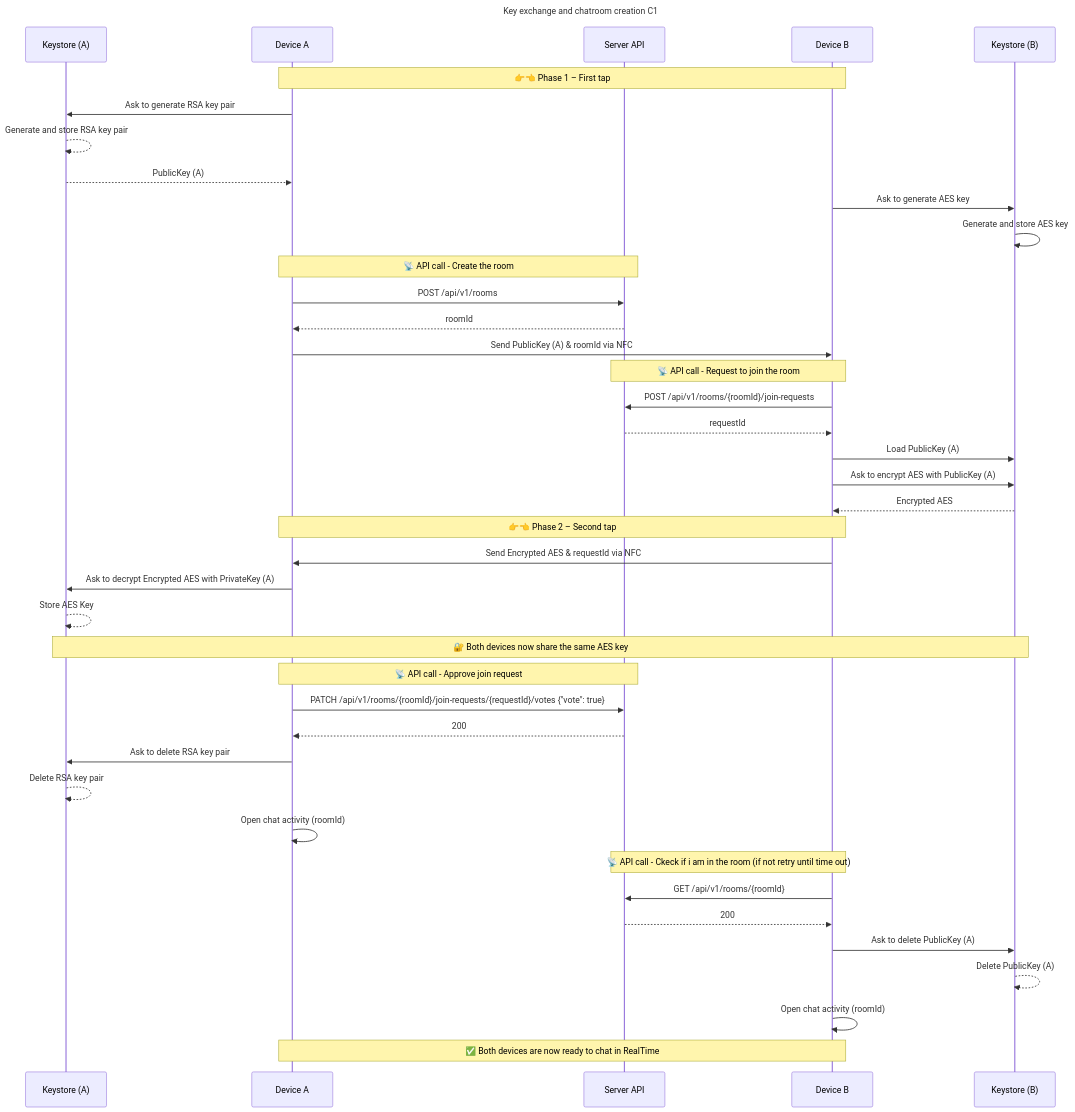
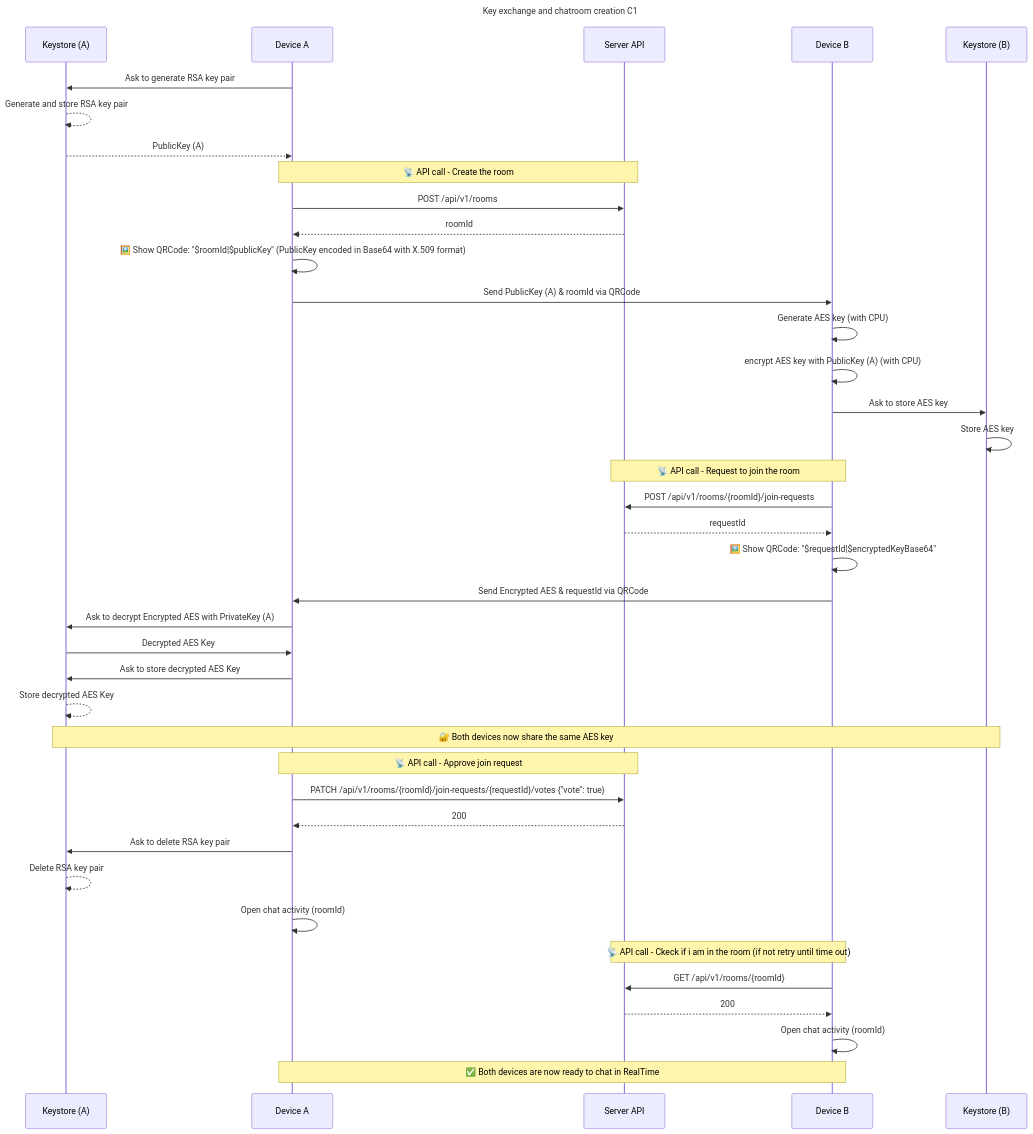
The diagram in Docs/diagrams/C1.mmd (MarcoNani/RealTime), drawn with Mermaid before and after one commit.

Commit message:
C1 updated with QRCode and new order of things

```diff
--- a/Docs/diagrams/C1.mmd
+++ b/Docs/diagrams/C1.mmd
@@ -1,66 +1,66 @@
 sequenceDiagram
 Title: Key exchange and chatroom creation C1
     participant KeystoreA as Keystore (A)
     participant A as Device A
     participant Server as Server API
     participant B as Device B
     participant KeystoreB as Keystore (B)
 
-    Note over A, B: 👉👈 Phase 1 – First tap
 
     A->>KeystoreA: Ask to generate RSA key pair
     KeystoreA-->>KeystoreA: Generate and store RSA key pair
     KeystoreA-->>A: PublicKey (A)
 
-    B->>KeystoreB: Ask to generate AES key
-    KeystoreB->>KeystoreB: Generate and store AES key
+    
 
     Note over A, Server: 📡 API call - Create the room
     A->>Server: POST /api/v1/rooms
     Server-->>A: roomId
 
-    A->>B: Send PublicKey (A) & roomId via NFC
+    A->>A: 🖼️ Show QRCode: "$roomId|$publicKey" (PublicKey encoded in Base64 with X.509 format)
+    A->>B: Send PublicKey (A) & roomId via QRCode
+
+    B->>B: Generate AES key (with CPU)
+    B->>B: encrypt AES key with PublicKey (A) (with CPU)
+
+    B->>KeystoreB: Ask to store AES key
+    KeystoreB->>KeystoreB: Store AES key
 
     Note over B, Server: 📡 API call - Request to join the room
 
     B->>Server: POST /api/v1/rooms/{roomId}/join-requests
     Server-->>B: requestId
 
 
-    B->>KeystoreB: Load PublicKey (A)
-    B->>KeystoreB: Ask to encrypt AES with PublicKey (A)
-    KeystoreB-->>B: Encrypted AES
 
+    B->>B: 🖼️ Show QRCode: "$requestId|$encryptedKeyBase64"
 
-
-    Note over A, B: 👉👈 Phase 2 – Second tap
-
-    B->>A: Send Encrypted AES & requestId via NFC
+    B->>A: Send Encrypted AES & requestId via QRCode
 
     A->>KeystoreA: Ask to decrypt Encrypted AES with PrivateKey (A)
-    KeystoreA-->>KeystoreA: Store AES Key
+    KeystoreA->>A: Decrypted AES Key
+
+    A->>KeystoreA: Ask to store decrypted AES Key
+    KeystoreA-->>KeystoreA: Store decrypted AES Key
 
     Note over KeystoreA, KeystoreB: 🔐 Both devices now share the same AES key
 
     Note over A, Server: 📡 API call - Approve join request
     A->>Server: PATCH /api/v1/rooms/{roomId}/join-requests/{requestId}/votes    {"vote": true}
     Server-->>A: 200
 
     A->>KeystoreA: Ask to delete RSA key pair
     KeystoreA-->>KeystoreA: Delete RSA key pair
 
     A->>A: Open chat activity (roomId)
 
     Note over B, Server: 📡 API call - Ckeck if i am in the room (if not retry until time out)
 
     B->>Server: GET /api/v1/rooms/{roomId}
     Server-->>B: 200
 
-    B->>KeystoreB: Ask to delete PublicKey (A)
-    KeystoreB-->>KeystoreB: Delete PublicKey (A)
-
     B->>B: Open chat activity (roomId)
 
 
 
     Note over A, B: ✅ Both devices are now ready to chat in RealTime
```
